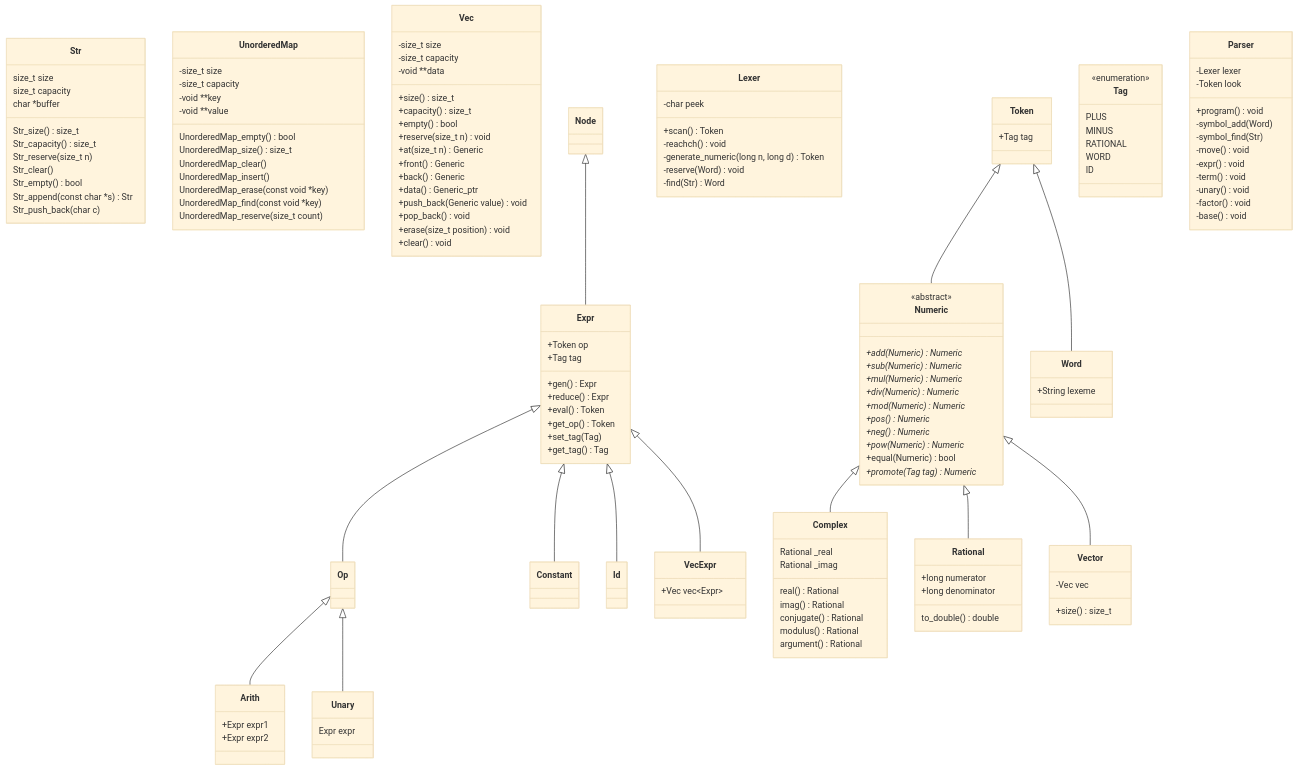
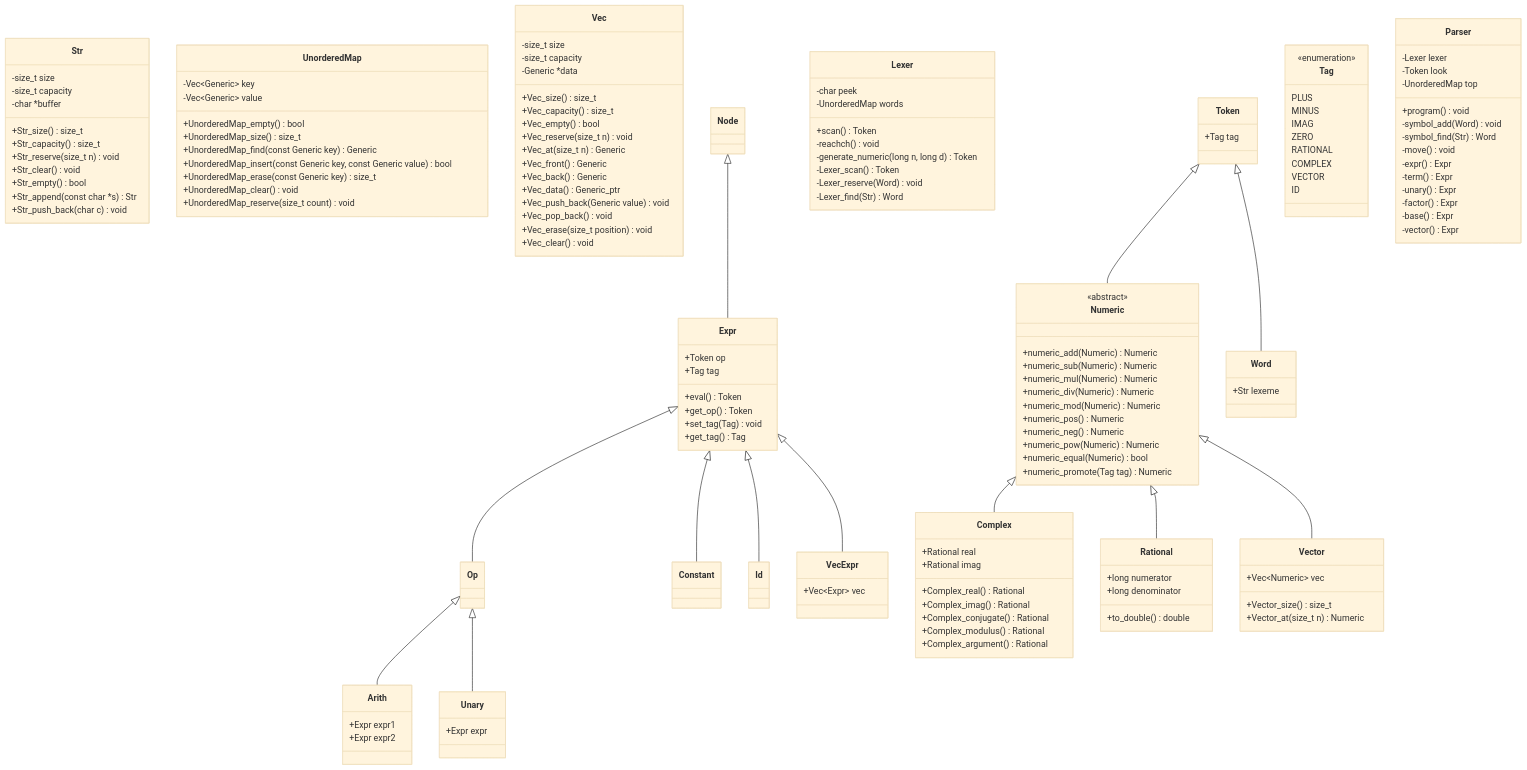
One commit to nwhean/42_computorv changed the diagram in diagram.md. Above: the diagram before and after it, drawn with Mermaid (base theme).

````diff
--- a/diagram.md
+++ b/diagram.md
@@ -3,48 +3,46 @@
 	%% container
 
 	class Str {
-		size_t	size
-		size_t	capacity
-		char	*buffer
-		Str_size() size_t
-		Str_capacity() size_t
-		Str_reserve(size_t n)
-		Str_clear()
-		Str_empty() bool
-		Str_append(const char *s) Str
-		Str_push_back(char c)
+		-size_t	size
+		-size_t	capacity
+		-char	*buffer
+		+Str_size() size_t
+		+Str_capacity() size_t
+		+Str_reserve(size_t n) void
+		+Str_clear() void
+		+Str_empty() bool
+		+Str_append(const char *s) Str
+		+Str_push_back(char c) void
 	}
 
 	class UnorderedMap {
-		-size_t size
-		-size_t capacity
-		-void **key
-		-void **value
-		UnorderedMap_empty() bool
-		UnorderedMap_size() size_t
-		UnorderedMap_clear()
-		UnorderedMap_insert()
-		UnorderedMap_erase(const void *key)
-		UnorderedMap_find(const void *key)
-		UnorderedMap_reserve(size_t count)
+		-Vec~Generic~ key
+		-Vec~Generic~ value
+		+UnorderedMap_empty() bool
+		+UnorderedMap_size() size_t
+		+UnorderedMap_find(const Generic key) Generic
+		+UnorderedMap_insert(const Generic key, const Generic value) bool
+		+UnorderedMap_erase(const Generic key) size_t
+		+UnorderedMap_clear() void
+		+UnorderedMap_reserve(size_t count) void
 	}
 
 	class Vec {
 		-size_t size
 		-size_t capacity
-		-void	**data
-		+size()	size_t
-		+capacity() size_t
-		+empty() bool
-		+reserve(size_t n) void
-		+at(size_t n) Generic
-		+front() Generic
-		+back() Generic
-		+data() Generic_ptr
-		+push_back(Generic value) void
-		+pop_back() void
-		+erase(size_t position) void
-		+clear() void
+		-Generic *data
+		+Vec_size()	size_t
+		+Vec_capacity() size_t
+		+Vec_empty() bool
+		+Vec_reserve(size_t n) void
+		+Vec_at(size_t n) Generic
+		+Vec_front() Generic
+		+Vec_back() Generic
+		+Vec_data() Generic_ptr
+		+Vec_push_back(Generic value) void
+		+Vec_pop_back() void
+		+Vec_erase(size_t position) void
+		+Vec_clear() void
 	}
 
 
@@ -63,11 +61,9 @@
 	class Expr {
 		+Token op
 		+Tag tag
-		+gen() Expr
-		+reduce() Expr
 		+eval() Token
 		+get_op() Token
-		+set_tag(Tag)
+		+set_tag(Tag) void
 		+get_tag() Tag
 	}
 
@@ -77,13 +73,13 @@
 	Op <|-- Unary
 
 	class Unary {
-		Expr expr
+		+Expr expr
 	}
 
 	Expr <|-- VecExpr
 
 	class VecExpr {
-		+Vec vec~Expr~
+		+Vec~Expr~ vec
 	}
 
 
@@ -92,22 +88,24 @@
 	Numeric <|-- Complex
 
 	class Complex {
-		Rational _real
-		Rational _imag
-		real() Rational
-		imag() Rational
-		conjugate() Rational
-		modulus() Rational
-		argument() Rational
+		+Rational real
+		+Rational imag
+		+Complex_real() Rational
+		+Complex_imag() Rational
+		+Complex_conjugate() Rational
+		+Complex_modulus() Rational
+		+Complex_argument() Rational
 	}
 
 	class Lexer {
 		-char peek
+		-UnorderedMap words
 		+scan() Token
 		-reachch() void
 		-generate_numeric(long n, long d) Token
-		-reserve(Word) void
-		-find(Str) Word
+		-Lexer_scan() Token
+		-Lexer_reserve(Word) void
+		-Lexer_find(Str) Word
 
 	}
 
@@ -115,16 +113,16 @@
 
 	class Numeric {
 		<<abstract>>
-		+add(Numeric) Numeric*
-		+sub(Numeric) Numeric*
-		+mul(Numeric) Numeric*
-		+div(Numeric) Numeric*
-		+mod(Numeric) Numeric*
-		+pos() Numeric*
-		+neg() Numeric*
-		+pow(Numeric) Numeric*
-		+equal(Numeric) bool
-		+promote(Tag tag) Numeric*
+		+numeric_add(Numeric) Numeric
+		+numeric_sub(Numeric) Numeric
+		+numeric_mul(Numeric) Numeric
+		+numeric_div(Numeric) Numeric
+		+numeric_mod(Numeric) Numeric
+		+numeric_pos() Numeric
+		+numeric_neg() Numeric
+		+numeric_pow(Numeric) Numeric
+		+numeric_equal(Numeric) bool
+		+numeric_promote(Tag tag) Numeric
 	}
 
 	Numeric <|-- Rational
@@ -132,15 +130,18 @@
 	class Rational {
 		+long numerator
 		+long denominator
-		to_double() double
+		+to_double() double
 	}
 
 	class Tag {
 		<<enumeration>>
 		PLUS
 		MINUS
+		IMAG
+		ZERO
 		RATIONAL
-		WORD
+		COMPLEX
+		VECTOR
 		ID
 	}
 
@@ -151,14 +152,15 @@
 	Token <|-- Word
 
 	class Word {
-		+String lexeme
+		+Str lexeme
 	}
 
 	Numeric <|-- Vector
 
 	class Vector {
-		-Vec vec
-		+size() size_t
+		+Vec~Numeric~ vec
+		+Vector_size() size_t
+		+Vector_at(size_t n) Numeric
 	}
 
 
@@ -167,14 +169,16 @@
 	class Parser {
 		-Lexer lexer
 		-Token look
+		-UnorderedMap top
 		+program() void
-		-symbol_add(Word)
-		-symbol_find(Str)
+		-symbol_add(Word) void
+		-symbol_find(Str) Word
 		-move() void
-		-expr() void
-		-term() void
-		-unary() void
-		-factor() void
-		-base() void
+		-expr() Expr
+		-term() Expr
+		-unary() Expr
+		-factor() Expr
+		-base() Expr
+		-vector() Expr
 	}
 ```
````
